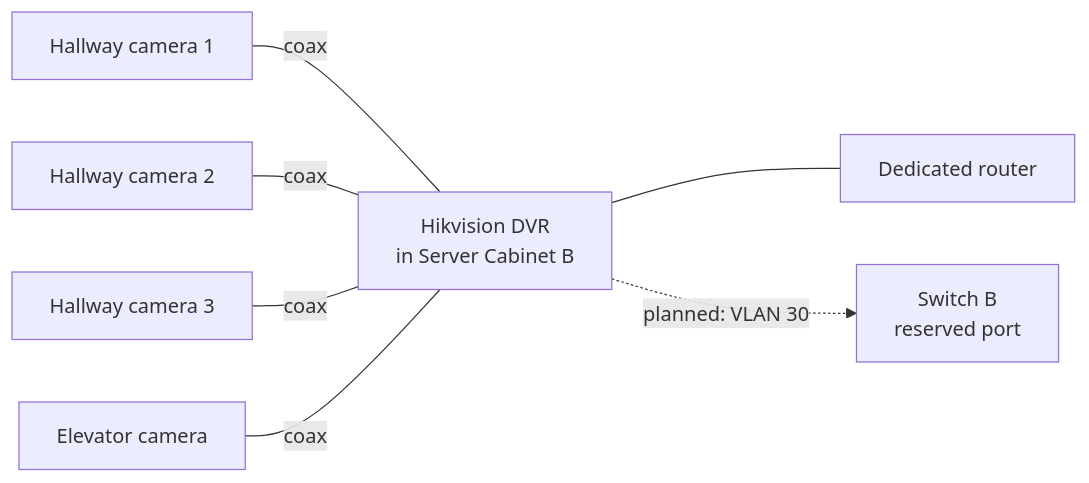
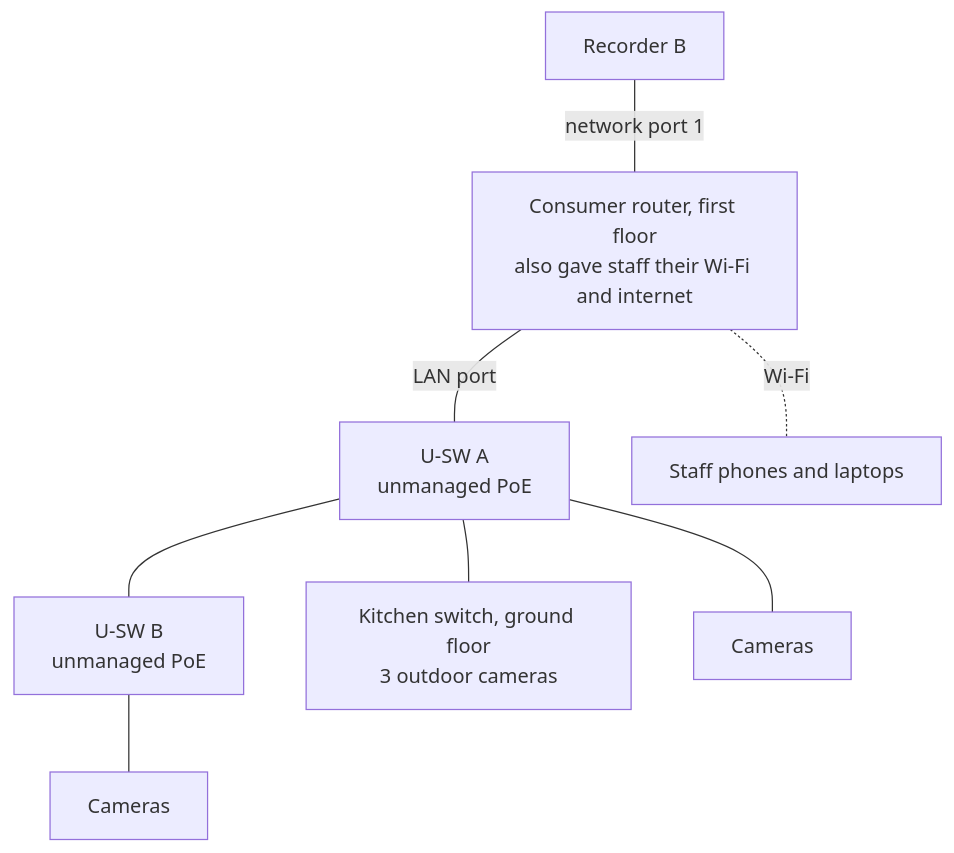
One commit to monir-IT/it-infrastructure-portfolio changed the first of 2 diagrams in 03-cctv-surveillance/README.md. Above: the diagram before and after it, drawn with Mermaid. The commit also changed other lines of this file and 5 other files, not shown here.

````diff
--- a/03-cctv-surveillance/README.md
+++ b/03-cctv-surveillance/README.md
@@ -26,9 +33,11 @@
 ```mermaid
-flowchart LR
-    C1["Hallway camera 1"] ---|coax| DVR
-    C2["Hallway camera 2"] ---|coax| DVR
-    C3["Hallway camera 3"] ---|coax| DVR
-    C4["Elevator camera"] ---|coax| DVR
-    DVR["Hikvision DVR<br/>in Server Cabinet B"] --- R["Dedicated router"]
-    DVR -.->|"planned: VLAN 30"| SW["Switch B<br/>reserved port"]
+flowchart TB
+    R["Consumer router, first floor<br/>also gave staff their Wi-Fi and internet"]
+    NVR["Recorder B"] ---|"network port 1"| R
+    R ---|"LAN port"| USWA["U-SW A<br/>unmanaged PoE"]
+    USWA --- USWB["U-SW B<br/>unmanaged PoE"]
+    USWA --- K["Kitchen switch, ground floor<br/>3 outdoor cameras"]
+    USWA --- CA["Cameras"]
+    USWB --- CB["Cameras"]
+    R -.Wi-Fi.- S["Staff phones and laptops"]
 ```
````
